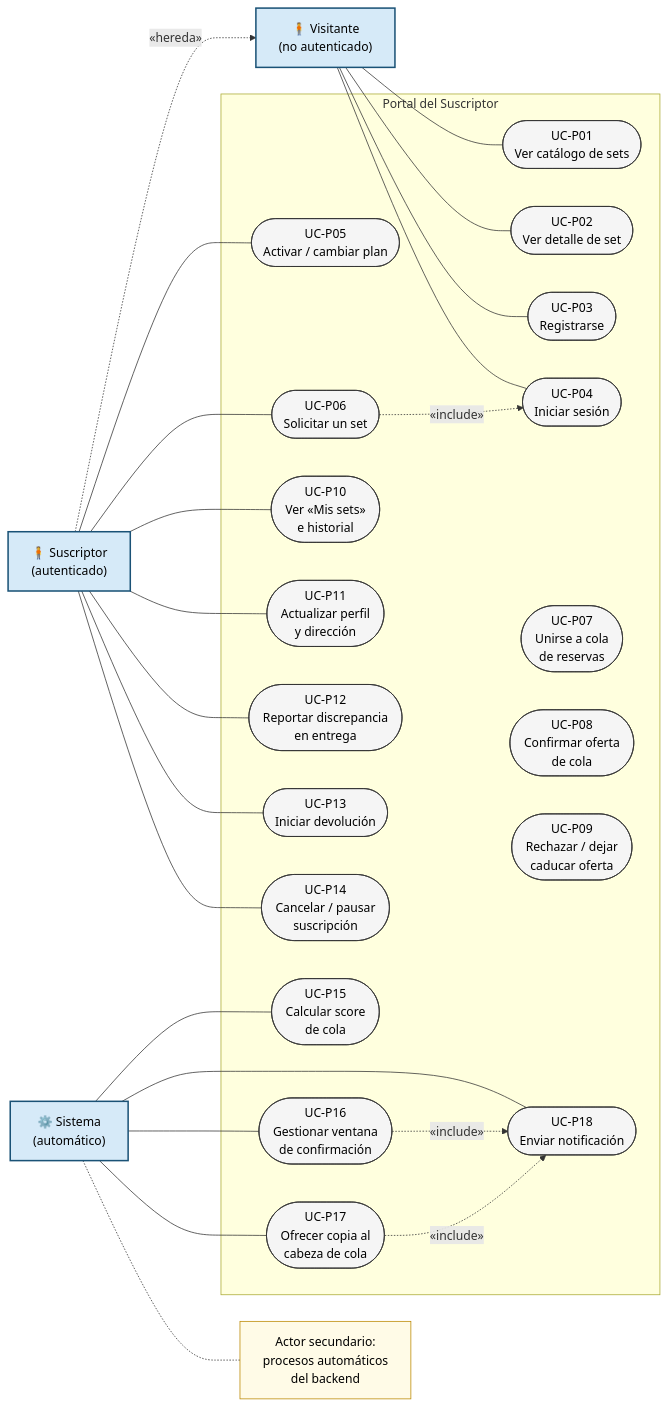
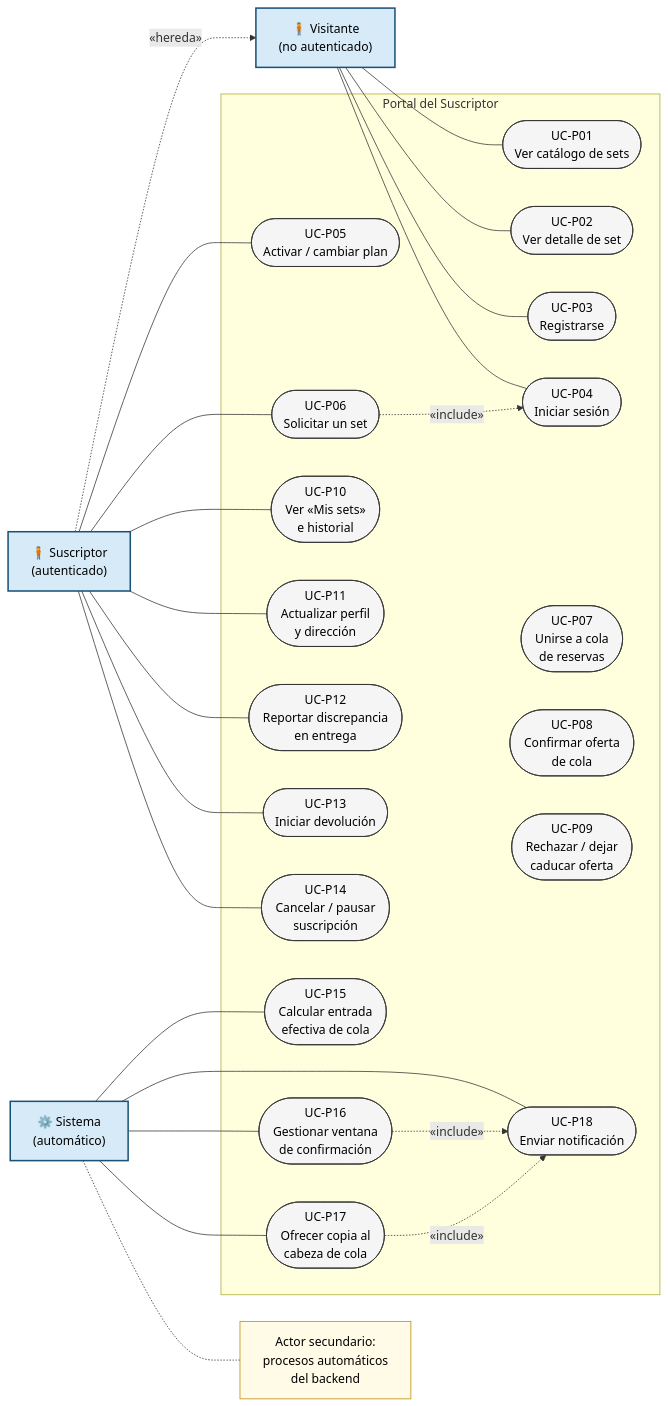
The first of 6 diagrams in documents/PRD.md (LIDR-academy/AI4Devs-finalproject), drawn with Mermaid before and after one commit. The commit also changed other lines of this file and 10 other files, not shown here.

````diff
--- a/documents/PRD.md
+++ b/documents/PRD.md
@@ -318,78 +328,78 @@
 ```mermaid
 %% Clickoteca · Casos de uso — Portal del Suscriptor
 flowchart LR
     %% ── Actores ──
     V["🧍 Visitante<br/>(no autenticado)"]
     S["🧍 Suscriptor<br/>(autenticado)"]
     SYS["⚙️ Sistema<br/>(automático)"]
     NOTE_SYS["Actor secundario:<br/>procesos automáticos<br/>del backend"]
     SYS -.- NOTE_SYS
 
     %% Herencia: Suscriptor es un Visitante con capacidades adicionales
     S -.->|«hereda»| V
 
     %% ── Frontera del sistema ──
     subgraph PORTAL["Portal del Suscriptor"]
         %% Visitante
         UCP01(["UC-P01<br/>Ver catálogo de sets"])
         UCP02(["UC-P02<br/>Ver detalle de set"])
         UCP03(["UC-P03<br/>Registrarse"])
         UCP04(["UC-P04<br/>Iniciar sesión"])
         %% Suscriptor
         UCP05(["UC-P05<br/>Activar / cambiar plan"])
         UCP06(["UC-P06<br/>Solicitar un set"])
         UCP07(["UC-P07<br/>Unirse a cola<br/>de reservas"])
         UCP08(["UC-P08<br/>Confirmar oferta<br/>de cola"])
         UCP09(["UC-P09<br/>Rechazar / dejar<br/>caducar oferta"])
         UCP10(["UC-P10<br/>Ver «Mis sets»<br/>e historial"])
         UCP11(["UC-P11<br/>Actualizar perfil<br/>y dirección"])
         UCP12(["UC-P12<br/>Reportar discrepancia<br/>en entrega"])
         UCP13(["UC-P13<br/>Iniciar devolución"])
         UCP14(["UC-P14<br/>Cancelar / pausar<br/>suscripción"])
         %% Sistema
-        UCP15(["UC-P15<br/>Calcular score<br/>de cola"])
+        UCP15(["UC-P15<br/>Calcular entrada<br/>efectiva de cola"])
         UCP16(["UC-P16<br/>Gestionar ventana<br/>de confirmación"])
         UCP17(["UC-P17<br/>Ofrecer copia al<br/>cabeza de cola"])
         UCP18(["UC-P18<br/>Enviar notificación"])
     end
 
     %% ── Asociaciones Visitante ──
     V --- UCP01
     V --- UCP02
     V --- UCP03
     V --- UCP04
 
     %% ── Asociaciones Suscriptor ──
     S --- UCP05
     S --- UCP06
     S --- UCP10
     S --- UCP11
     S --- UCP12
     S --- UCP13
     S --- UCP14
 
     %% ── Include (el UC base siempre ejecuta el incluido) ──
     UCP06 -.->|«include»| UCP04
 
     %% ── Extend (comportamiento opcional bajo condición) ──
     %%UCP07 -.->|«extend»<br/>[sin copias disponibles]| UCP06
     %%UCP08 -.->|«extend»<br/>[acepta oferta recibida]| UCP07
     %%UCP09 -.->|«extend»<br/>[rechaza o no responde]| UCP07
 
     %% ── Asociaciones Sistema ──
     SYS --- UCP15
     SYS --- UCP16
     SYS --- UCP17
     SYS --- UCP18
 
     UCP16 -.->|«include»| UCP18
     UCP17 -.->|«include»| UCP18
 
     %% ── Estilos ──
     classDef actor fill:#D6EAF8,stroke:#1A5276,stroke-width:2px,color:#000;
     classDef uc fill:#F5F5F5,stroke:#333333,color:#000;
     classDef note fill:#FFFBE7,stroke:#BB8800,color:#000;
     class V,S,SYS actor;
     class NOTE_SYS note;
     class UCP01,UCP02,UCP03,UCP04,UCP05,UCP06,UCP07,UCP08,UCP09,UCP10,UCP11,UCP12,UCP13,UCP14,UCP15,UCP16,UCP17,UCP18 uc;
 ```
````
